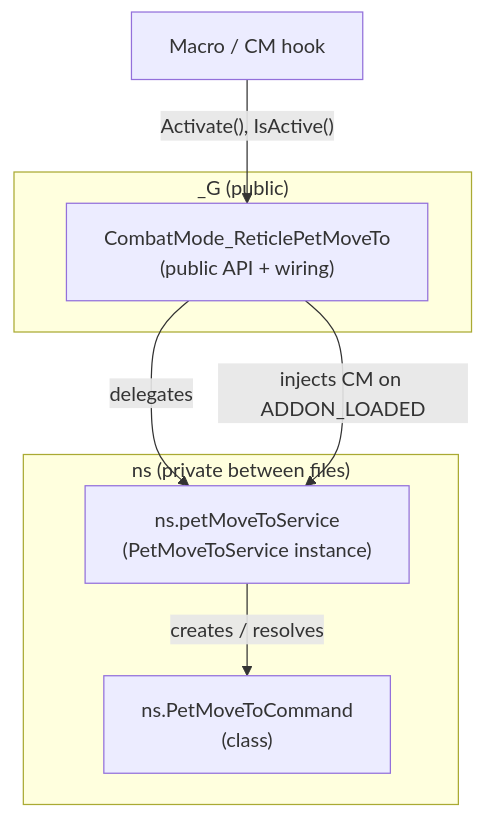
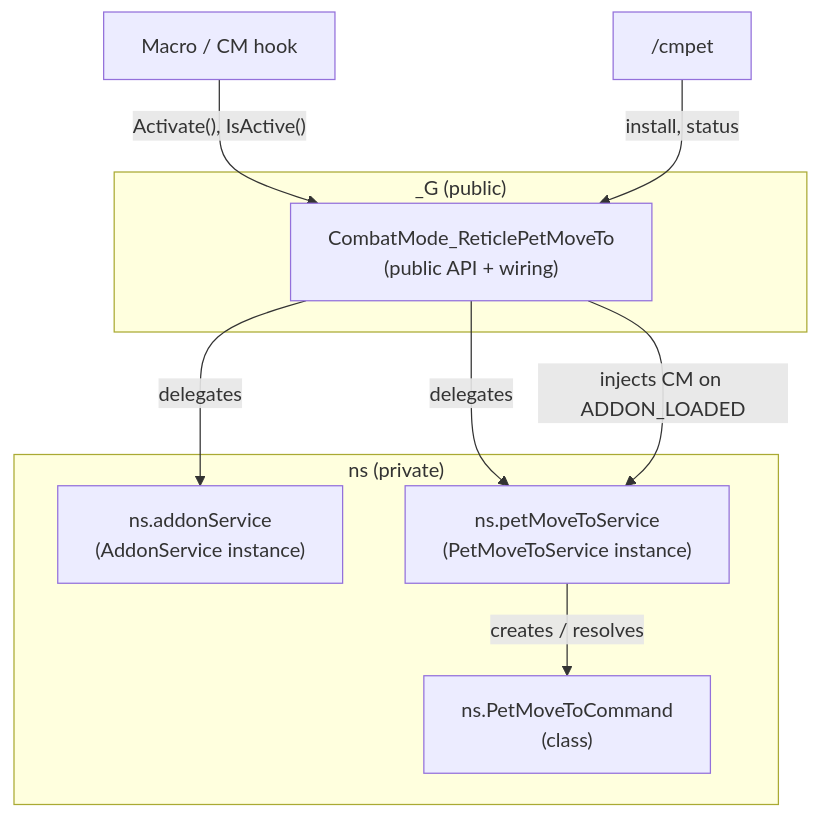
Before and after one commit to JPDuchesne/CombatMode_PetMoveTo: the third of 3 diagrams in README.md, drawn with Mermaid. The commit also changed other lines of this file and 4 other files, not shown here.

First line of the commit message:
Extract AddonService, clean up Config.lua

````diff
--- a/README.md
+++ b/README.md
@@ -105,16 +105,19 @@
 ```mermaid
 flowchart TD
     subgraph global ["_G (public)"]
         API["CombatMode_ReticlePetMoveTo\n(public API + wiring)"]
     end
 
-    subgraph private ["ns (private between files)"]
-        Service["ns.petMoveToService\n(PetMoveToService instance)"]
+    subgraph private ["ns (private)"]
+        AddonSvc["ns.addonService\n(AddonService instance)"]
+        PetSvc["ns.petMoveToService\n(PetMoveToService instance)"]
         CmdClass["ns.PetMoveToCommand\n(class)"]
     end
 
     Macro["Macro / CM hook"] -->|"Activate(), IsActive()"| API
-    API -->|delegates| Service
-    API -->|"injects CM on ADDON_LOADED"| Service
-    Service -->|"creates / resolves"| CmdClass
+    SlashCmd["/cmpet"] -->|"install, status"| API
+    API -->|delegates| PetSvc
+    API -->|delegates| AddonSvc
+    API -->|"injects CM on ADDON_LOADED"| PetSvc
+    PetSvc -->|"creates / resolves"| CmdClass
 ```
````
